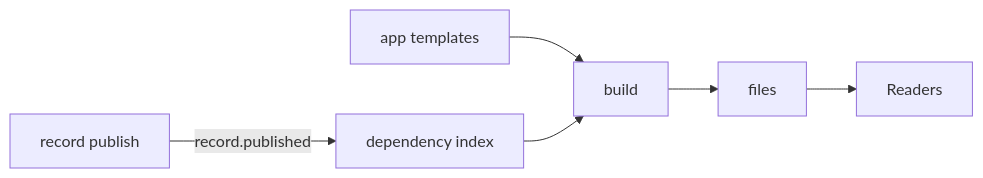
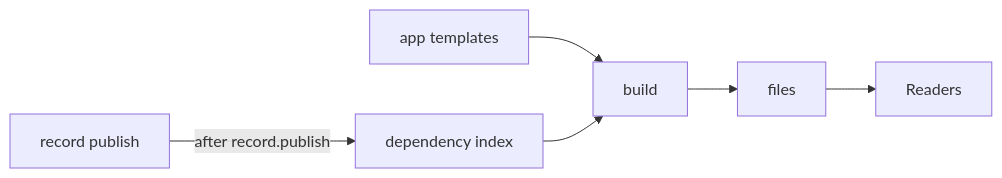
Before and after one commit to publr-org/publr: the fourth of 5 diagrams in docs/architecture.md, drawn with Mermaid. The commit also changed other lines of this file and 34 other files, not shown here.

Commit message:
Docs: SDK, CLI for operations, jobs and mods, REST, schema; old upgrade fixtures dropped

````diff
--- a/docs/architecture.md
+++ b/docs/architecture.md
@@ -111,6 +117,6 @@
 ```mermaid
 flowchart LR
     T[app templates] --> B[build] --> F[files]
     F --> R[Readers]
-    O[record publish] -->|record.published| I[dependency index] --> B
+    O[record publish] -->|after record.publish| I[dependency index] --> B
 ```
````
